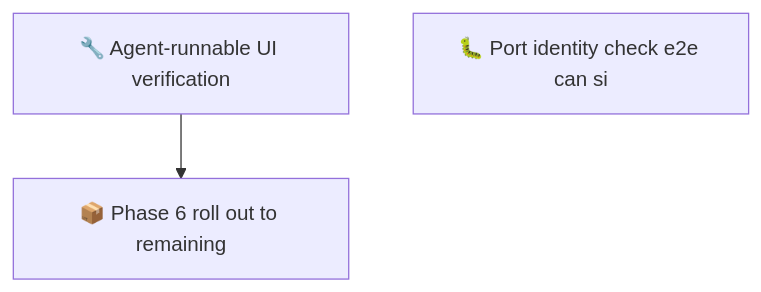
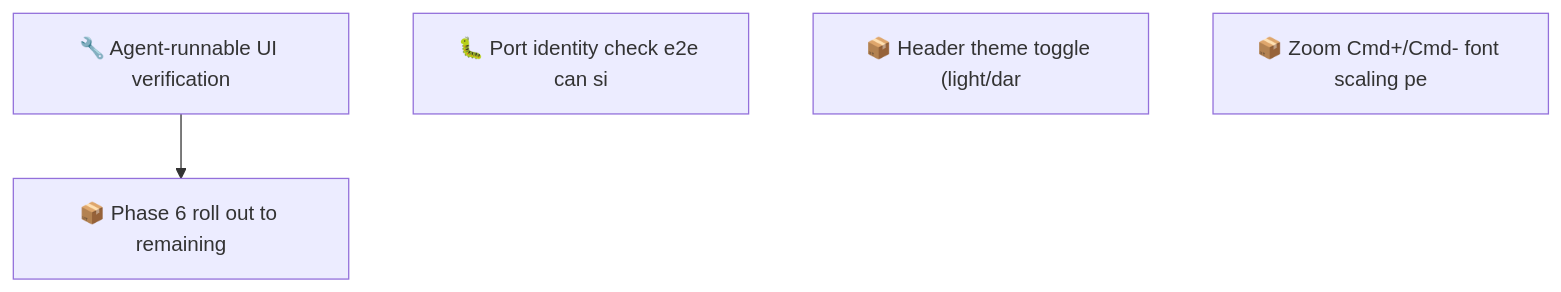
Before and after one commit to SpillwaveSolutions/forge-notes: the second of 2 diagrams in docs/roadmap.md, drawn with Mermaid. The commit also changed other lines of this file and 10 other files, not shown here.

````diff
--- a/docs/roadmap.md
+++ b/docs/roadmap.md
@@ -65,7 +71,9 @@
 ```mermaid
 graph TD
     01KYZ8X1X1V76HYNK8B5JYMD9W["🔧 Agent-runnable UI verification"]
     01KYZ8XMGPWDJ8KXXK23KV47NT["📦 Phase 6 roll out to remaining"]
     01KZ2HRT1E6SEP9E9KCX687YVG["🐛 Port identity check e2e can si"]
+    01KZ2JN6KQKJ90RP9A9H3PHZ0T["📦 Header theme toggle (light/dar"]
+    01KZ2JN6SD0RF7AR020N2V9880["📦 Zoom Cmd+/Cmd- font scaling pe"]
     01KYZ8X1X1V76HYNK8B5JYMD9W --> 01KYZ8XMGPWDJ8KXXK23KV47NT
 ```
````
